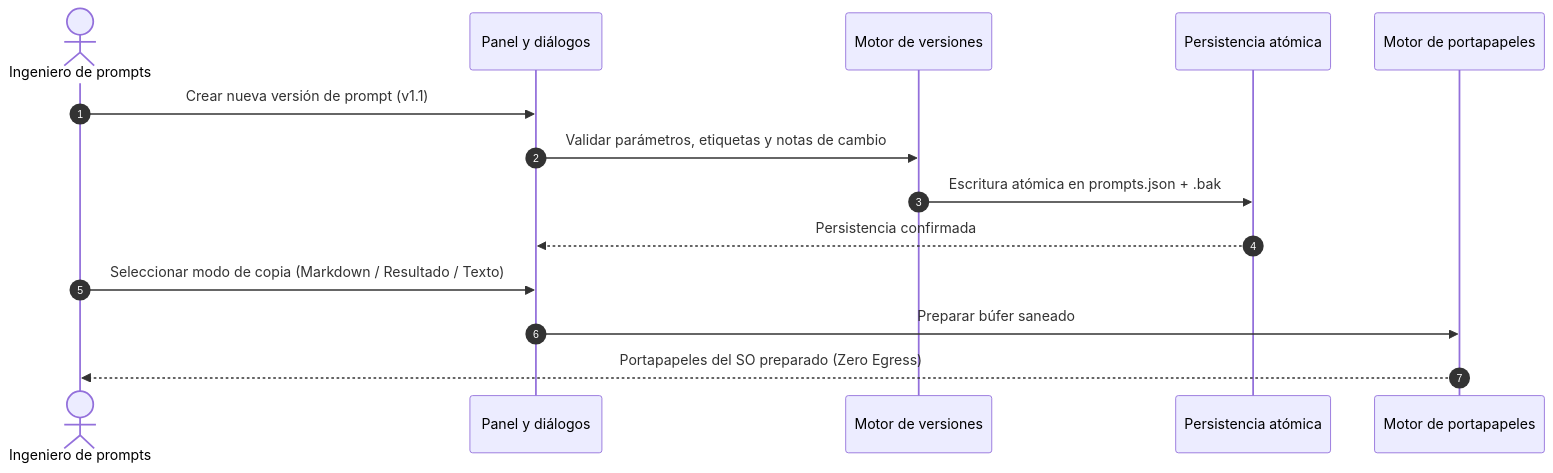
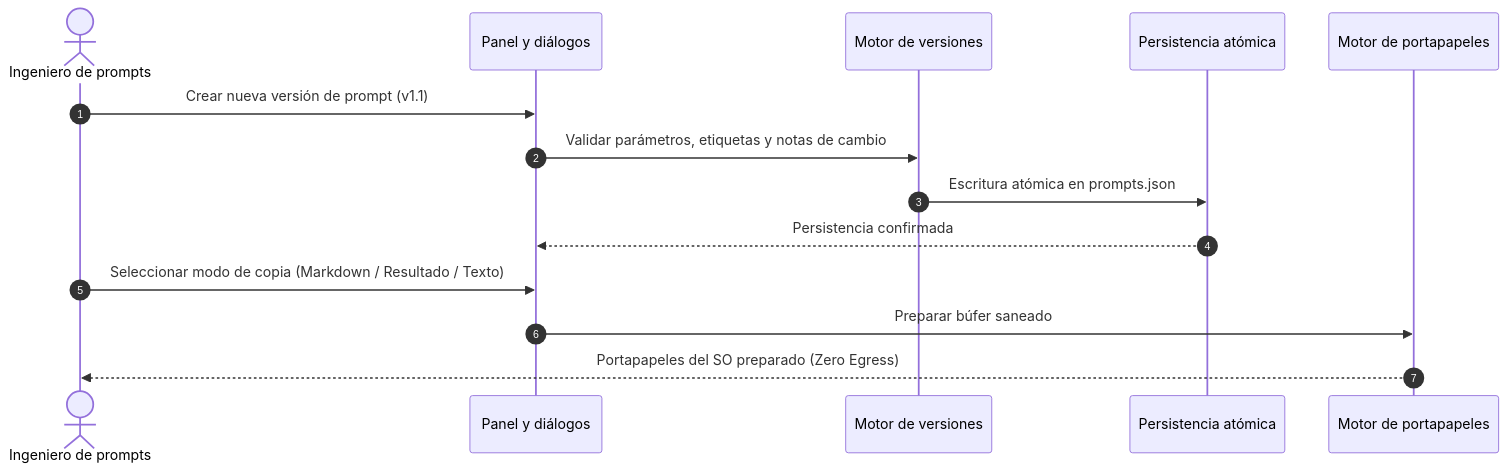
One commit to file-bricks/ProfiPrompt changed the second of 2 diagrams in README_es.md. Above: the diagram before and after it, drawn with Mermaid. The commit also changed other lines of this file and 78 other files, not shown here.

````diff
--- a/README_es.md
+++ b/README_es.md
@@ -216,17 +216,17 @@
 ```mermaid
 sequenceDiagram
     autonumber
     actor Engineer as Ingeniero de prompts
     participant UI as Panel y diálogos
     participant Engine as Motor de versiones
     participant Store as Persistencia atómica
     participant Clip as Motor de portapapeles
 
     Engineer->>UI: Crear nueva versión de prompt (v1.1)
     UI->>Engine: Validar parámetros, etiquetas y notas de cambio
-    Engine->>Store: Escritura atómica en prompts.json + .bak
+    Engine->>Store: Escritura atómica en prompts.json
     Store-->>UI: Persistencia confirmada
     Engineer->>UI: Seleccionar modo de copia (Markdown / Resultado / Texto)
     UI->>Clip: Preparar búfer saneado
     Clip-->>Engineer: Portapapeles del SO preparado (Zero Egress)
 ```
````
